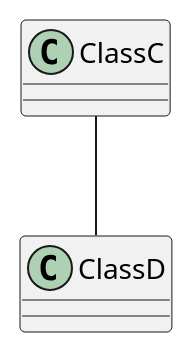
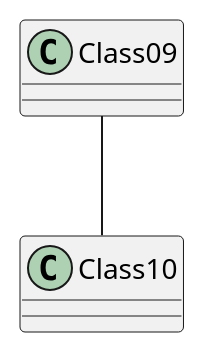
The first of 4 diagrams in assoziation-und-aggregation.md (lordasgart/lordasgart.github.io), drawn with PlantUML before and after one commit. The commit also changed other lines of this file, not shown here.

````diff
--- a/assoziation-und-aggregation.md
+++ b/assoziation-und-aggregation.md
@@ -9,5 +9,5 @@
 ```plantuml
 @startuml
-ClassC -- ClassD
+Class09 -- Class10
 @enduml
 ```
````
